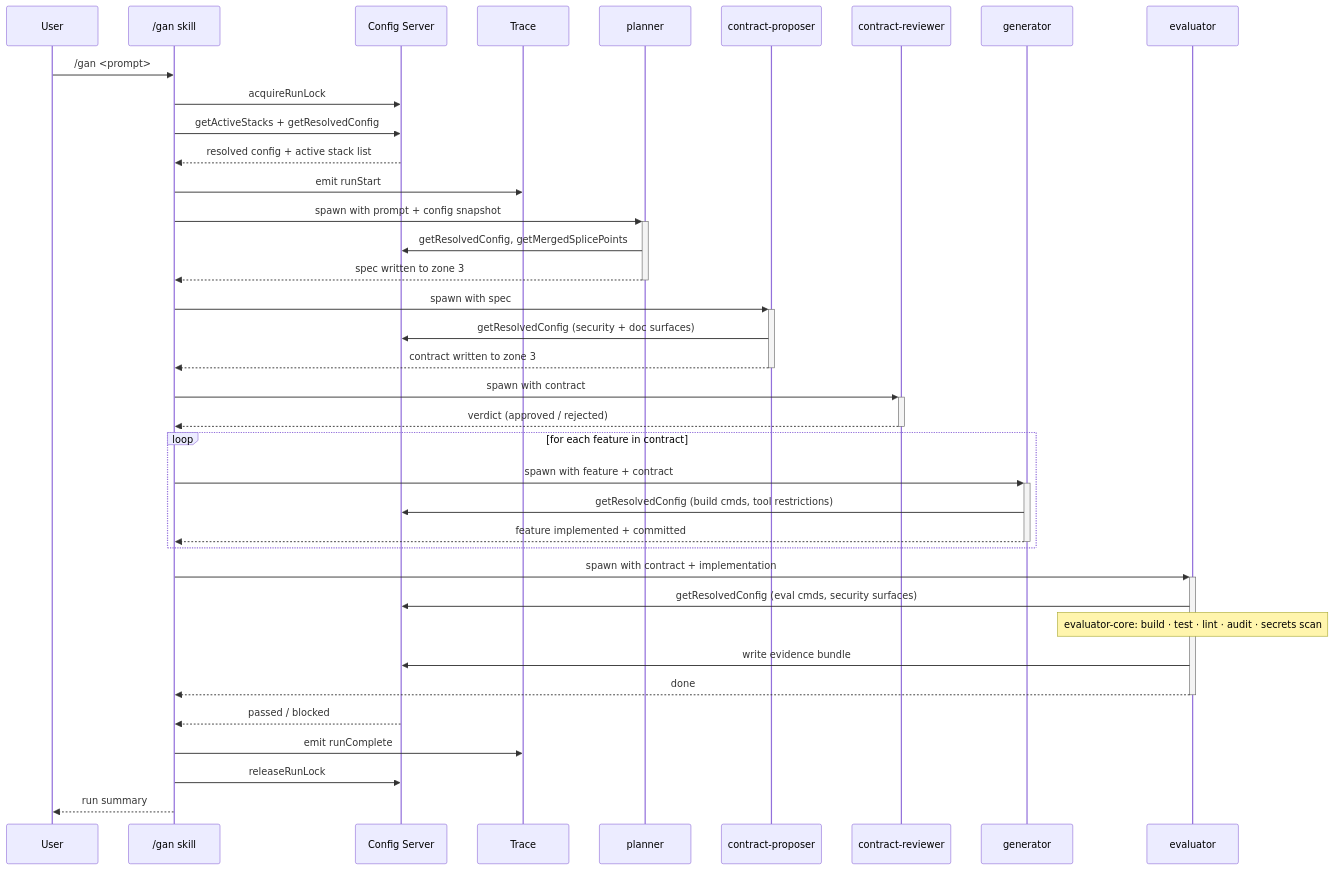
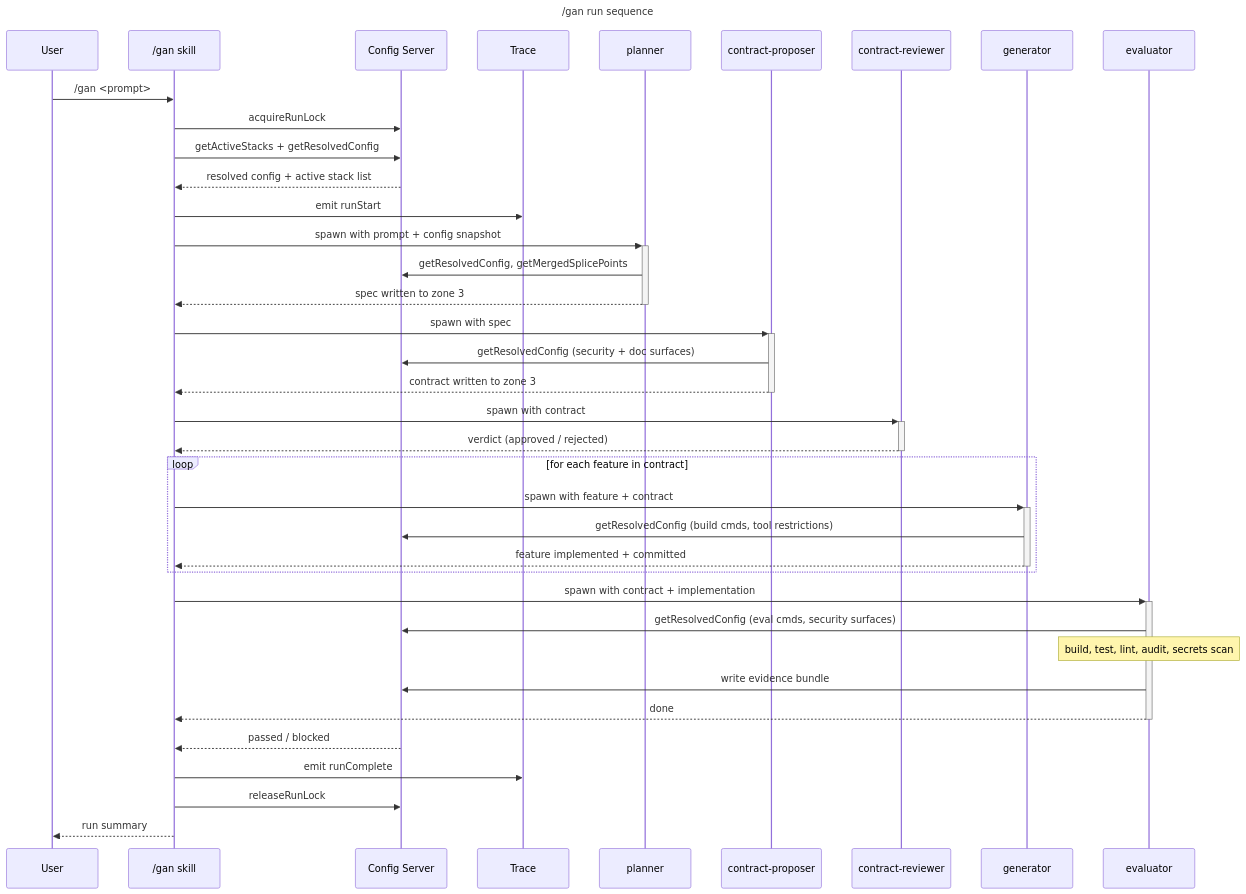
One commit to Thomas-AppForceOne/ClaudeAgents changed the second of 5 diagrams in documentation/subsystem-architecture.md. Above: the diagram before and after it, drawn with Mermaid. The commit also changed other lines of this file, not shown here.

First line of the commit message:
docs: restore in-diagram titles using backtick markdown nodes, fix sequence note

````diff
--- a/documentation/subsystem-architecture.md
+++ b/documentation/subsystem-architecture.md
@@ -66,46 +70,49 @@
 ```mermaid
+---
+title: /gan run sequence
+---
 sequenceDiagram
     participant U as User
     participant SK as /gan skill
     participant CS as Config Server
     participant TR as Trace
     participant PL as planner
     participant CP as contract-proposer
     participant CR as contract-reviewer
     participant GN as generator
     participant EV as evaluator
 
     U->>SK: /gan <prompt>
     SK->>CS: acquireRunLock
     SK->>CS: getActiveStacks + getResolvedConfig
     CS-->>SK: resolved config + active stack list
     SK->>TR: emit runStart
 
     SK->>+PL: spawn with prompt + config snapshot
     PL->>CS: getResolvedConfig, getMergedSplicePoints
     PL-->>-SK: spec written to zone 3
 
     SK->>+CP: spawn with spec
     CP->>CS: getResolvedConfig (security + doc surfaces)
     CP-->>-SK: contract written to zone 3
 
     SK->>+CR: spawn with contract
     CR-->>-SK: verdict (approved / rejected)
 
     loop for each feature in contract
         SK->>+GN: spawn with feature + contract
         GN->>CS: getResolvedConfig (build cmds, tool restrictions)
         GN-->>-SK: feature implemented + committed
     end
 
     SK->>+EV: spawn with contract + implementation
     EV->>CS: getResolvedConfig (eval cmds, security surfaces)
-    Note over EV: evaluator-core: build · test · lint · audit · secrets scan
+    Note over EV: build, test, lint, audit, secrets scan
     EV->>CS: write evidence bundle
     EV-->>-SK: done
     CS-->>SK: passed / blocked
 
     SK->>TR: emit runComplete
     SK->>CS: releaseRunLock
     SK-->>U: run summary
 ```
````
